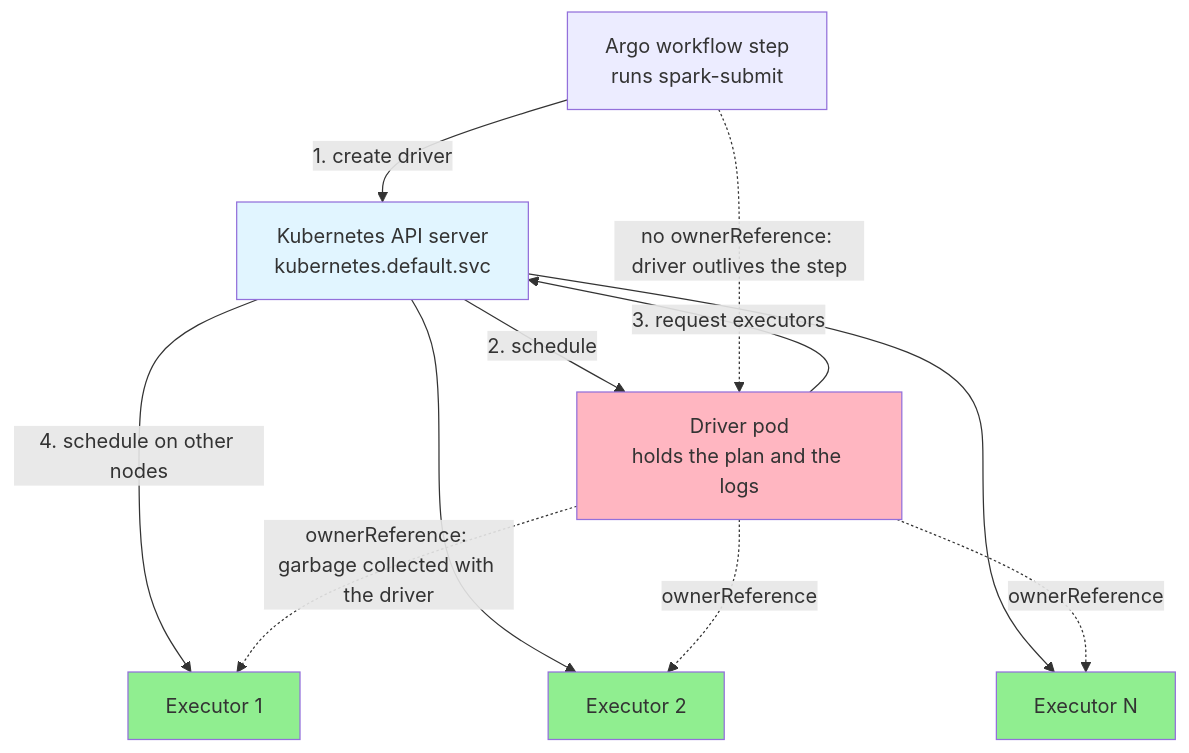
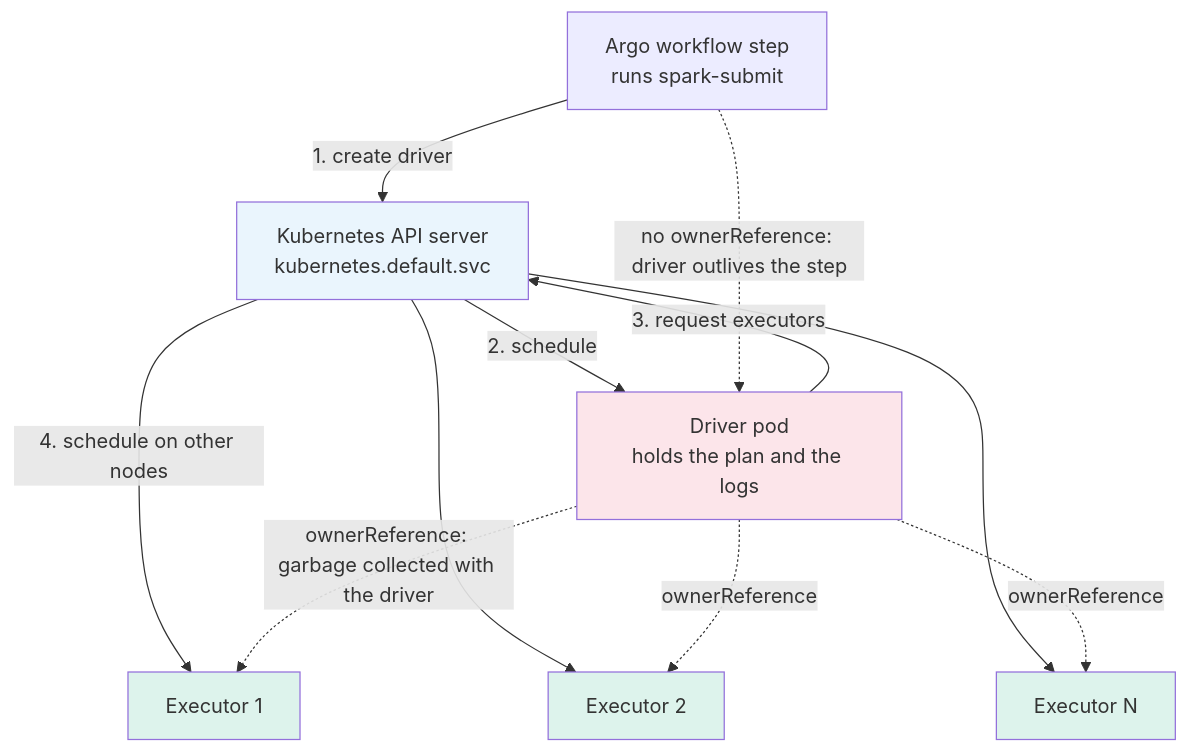
One commit to cartmancodes/InterviewVault changed the first of 4 diagrams in LLD/SystemDesign/IntheWild/HowWeRanSparkOnKubernetes.md. Above: the diagram before and after it, drawn with Mermaid. The commit also changed other lines of this file and 679 other files, not shown here.

Commit message:
Unify content diagrams and add accessible visual walkthroughs

````diff
--- a/LLD/SystemDesign/IntheWild/HowWeRanSparkOnKubernetes.md
+++ b/LLD/SystemDesign/IntheWild/HowWeRanSparkOnKubernetes.md
@@ -92,20 +92,20 @@
 ```mermaid
 flowchart TD
     A["Argo workflow step<br/>runs spark-submit"] -->|"1. create driver"| B["Kubernetes API server<br/>kubernetes.default.svc"]
     B -->|"2. schedule"| C["Driver pod<br/>holds the plan and the logs"]
     C -->|"3. request executors"| B
     B -->|"4. schedule on other nodes"| D["Executor 1"]
     B --> E["Executor 2"]
     B --> F["Executor N"]
     C -.->|"ownerReference: garbage collected with the driver"| D
     C -.->|"ownerReference"| E
     C -.->|"ownerReference"| F
     A -.->|"no ownerReference: driver outlives the step"| C
 
-    classDef good fill:#90EE90
-    classDef bad fill:#FFB6C1
-    classDef infra fill:#e1f5ff
+    classDef good fill:#DDF3EC
+    classDef bad fill:#FCE5EA
+    classDef infra fill:#EAF5FD
     class D,E,F good
     class C bad
     class B infra
 ```
````
